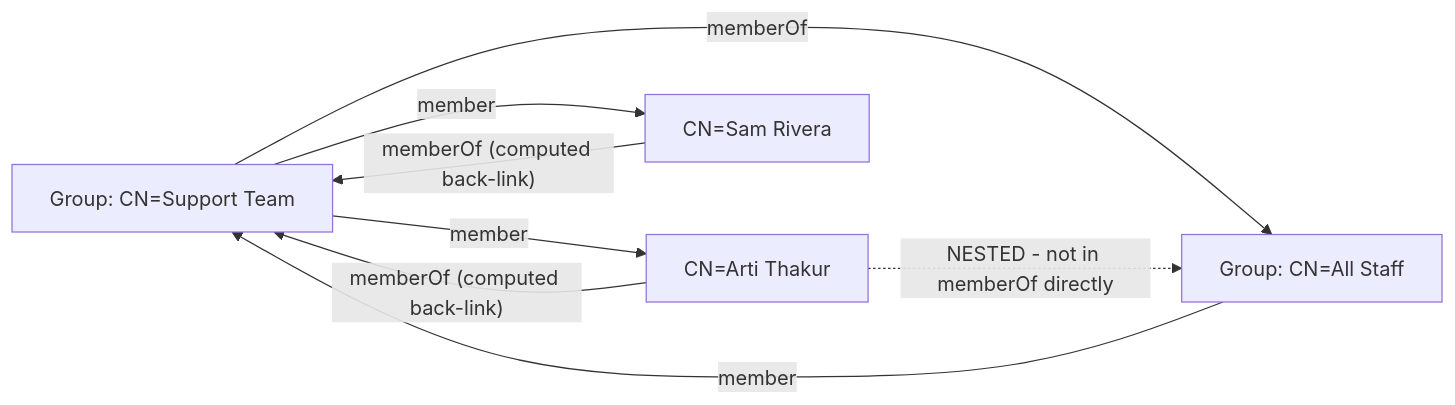
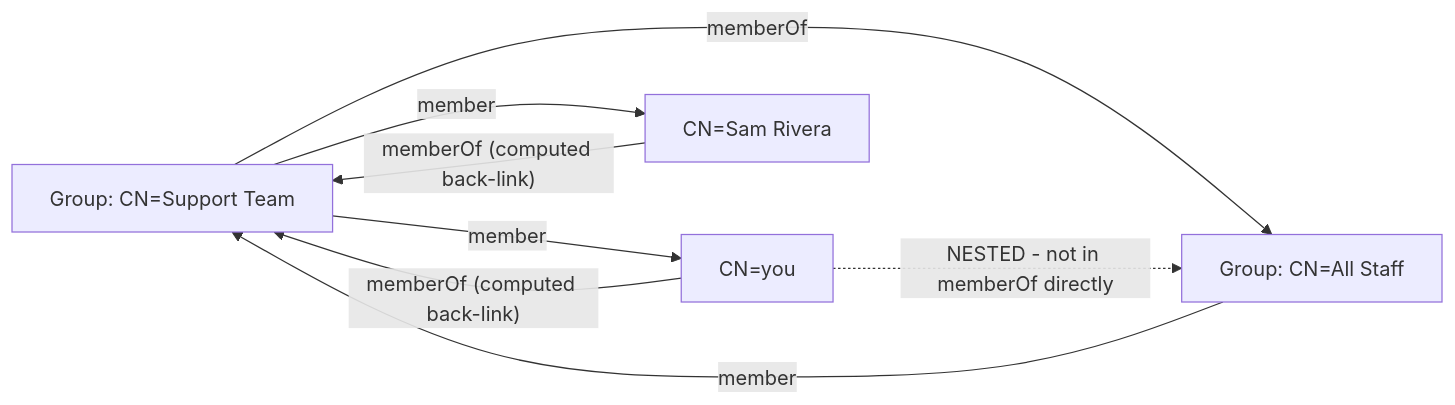
Before and after one commit to hichauhan-in/Interview-Prep: the sixth of 9 diagrams in Okta DSE/prep/Part-087-directory-services-from-zero-trees-dns-and-schemas.md, drawn with Mermaid. The commit also changed other lines of this file and 493 other files, not shown here.

````diff
--- a/Okta DSE/prep/Part-087-directory-services-from-zero-trees-dns-and-schemas.md
+++ b/Okta DSE/prep/Part-087-directory-services-from-zero-trees-dns-and-schemas.md
@@ -203,10 +203,10 @@
 ```mermaid
 flowchart LR
-    G["Group: CN=Support Team"] -->|"member"| U1["CN=Arti Thakur"]
+    G["Group: CN=Support Team"] -->|"member"| U1["CN=you"]
     G -->|"member"| U2["CN=Sam Rivera"]
     U1 -->|"memberOf (computed back-link)"| G
     U2 -->|"memberOf (computed back-link)"| G
     G2["Group: CN=All Staff"] -->|"member"| G
     G -->|"memberOf"| G2
     U1 -.->|"NESTED - not in memberOf directly"| G2
 ```
````
